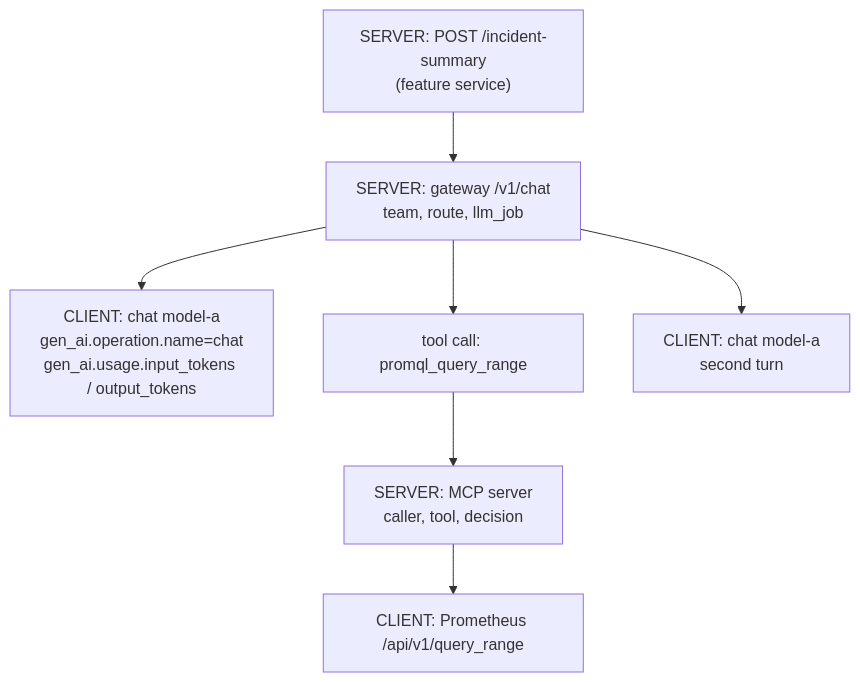
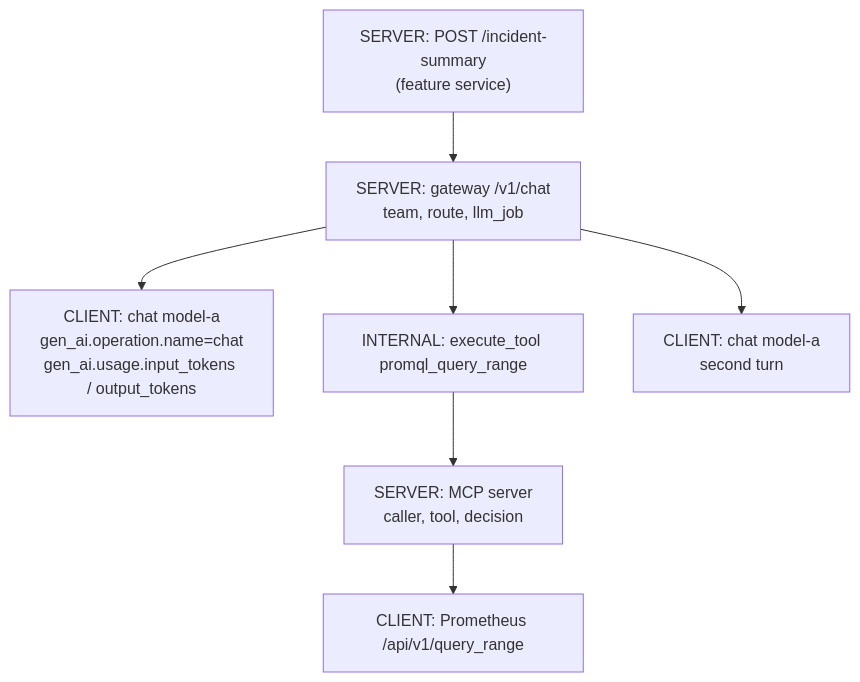
One commit to greenblacked/Notes changed the diagram in content/ai/llm-observability-tracing-and-slos.md. Above: the diagram before and after it, drawn with Mermaid. The commit also changed other lines of this file and 9 other files, not shown here.

````diff
--- a/content/ai/llm-observability-tracing-and-slos.md
+++ b/content/ai/llm-observability-tracing-and-slos.md
@@ -45,9 +48,9 @@
 ```mermaid
 flowchart TB
   A["SERVER: POST /incident-summary<br/>(feature service)"] --> B["SERVER: gateway /v1/chat<br/>team, route, llm_job"]
   B --> C["CLIENT: chat model-a<br/>gen_ai.operation.name=chat<br/>gen_ai.usage.input_tokens / output_tokens"]
-  B --> D["tool call: promql_query_range"]
+  B --> D["INTERNAL: execute_tool promql_query_range"]
   D --> E["SERVER: MCP server<br/>caller, tool, decision"]
   E --> F["CLIENT: Prometheus /api/v1/query_range"]
   B --> G["CLIENT: chat model-a<br/>second turn"]
 ```
````
